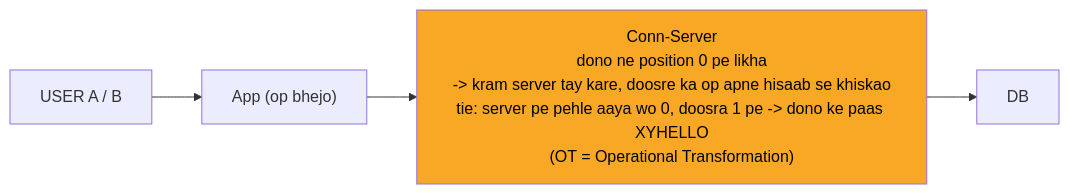
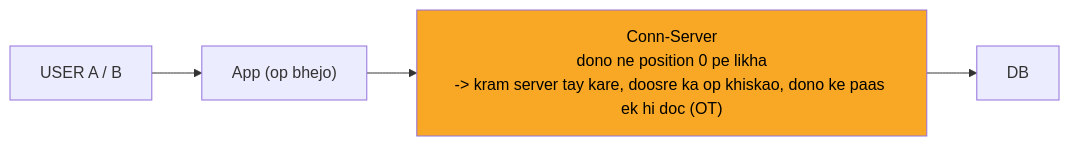
The diagram in 04_HLD/SYSTEM_DESIGNS/11_google_docs_collab/img/c3.mmd (ArpanMaheshwari144/Prep), drawn with Mermaid before and after one commit. The commit also changed 36 other files, not shown here.

```diff
--- a/04_HLD/SYSTEM_DESIGNS/11_google_docs_collab/img/c3.mmd
+++ b/04_HLD/SYSTEM_DESIGNS/11_google_docs_collab/img/c3.mmd
@@ -1,10 +1,10 @@
 %%{init: {"flowchart": {"wrappingWidth": 450}}}%%
 flowchart LR
     n_USER["USER A / B"]
     n_App["App (op bhejo)"]
-    n_CS["Conn-Server<br/>dono ne position 0 pe likha<br/>-> kram server tay kare, doosre ka op apne hisaab se khiskao<br/>tie: server pe pehle aaya wo 0, doosra 1 pe -> dono ke paas XYHELLO<br/>(OT = Operational Transformation)"]
+    n_CS["Conn-Server<br/>dono ne position 0 pe likha<br/>-> kram server tay kare, doosre ka op khiskao, dono ke paas ek hi doc (OT)"]
     n_DB["DB"]
     n_USER --> n_App
     n_App --> n_CS
     n_CS --> n_DB
     style n_CS fill:#f9a825,color:#000
```
